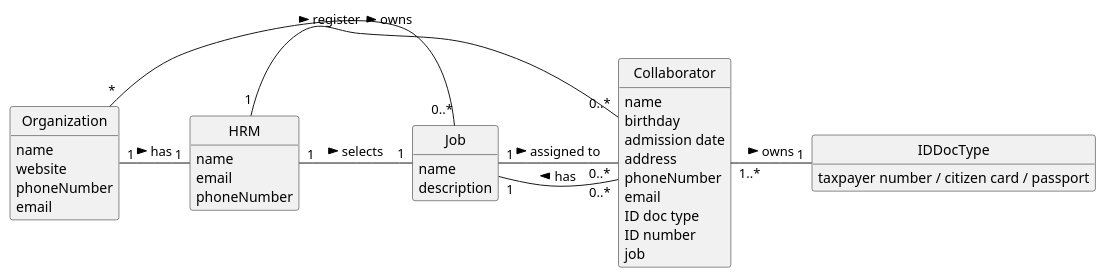
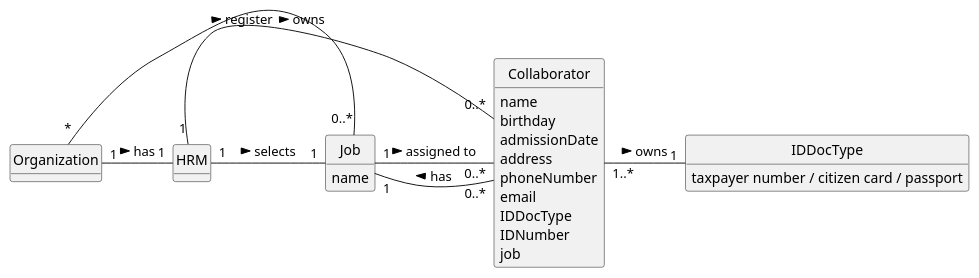
Before and after one commit to daniel41silva05/ISEP_2023_2024_LAPR2: the diagram in docs/sprintA/us003/02.analysis/puml/us003-domain-model.puml, drawn with PlantUML. The commit also changed 6 other files, not shown here.

Commit message:
US03/06: update diagram

```diff
--- a/docs/sprintA/us003/02.analysis/puml/us003-domain-model.puml
+++ b/docs/sprintA/us003/02.analysis/puml/us003-domain-model.puml
@@ -1,55 +1,47 @@
 @startuml
 skinparam monochrome true
 skinparam packageStyle rectangle
 skinparam shadowing false
 
 'left to right direction
 
 skinparam classAttributeIconSize 0
 
 hide circle
 hide methods
 
 class Organization {
-    name
-    website
-    phoneNumber
-    email
 }
 
 class Collaborator {
     name
     birthday
-    admission date
+    admissionDate
     address
     phoneNumber
     email
-    ID doc type
-    ID number
+    IDDocType
+    IDNumber
     job
 }
 
 class HRM {
-    name
-    email
-    phoneNumber
 }
 
 class Job {
     name
-    description
 }
 
 class IDDocType {
     taxpayer number / citizen card / passport
 }
 
 Organization "1" - "1" HRM : has >
 Organization "*" - "0..*" Job : owns >
 HRM "1" - "1" Job : selects  >
 HRM "1" - "0..*" Collaborator : register >
 Collaborator "1..*" - "1" IDDocType : owns >
 Job "1" - "0..*" Collaborator : assigned to >
 Collaborator "0..*" - "1" Job : has >
 
 @enduml
```
